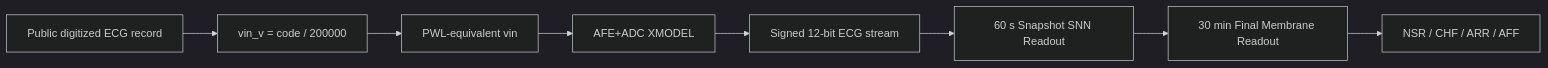
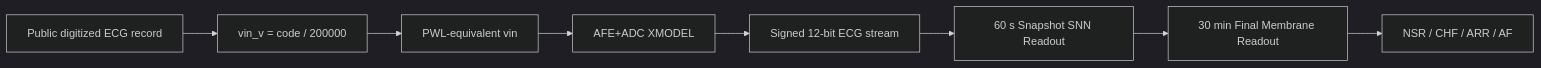
Before and after one commit to Sheep-gun/ECG-SoC-Integrated: the diagram in components/afe_xmodel/digital_block/docs/SYSTEM_ARCHITECTURE_KR.md, drawn with Mermaid (dark theme). The commit also changed other lines of this file and 626 other files, not shown here.

````diff
--- a/components/afe_xmodel/digital_block/docs/SYSTEM_ARCHITECTURE_KR.md
+++ b/components/afe_xmodel/digital_block/docs/SYSTEM_ARCHITECTURE_KR.md
@@ -7,10 +7,10 @@
 ```mermaid
 flowchart LR
     A["Public digitized ECG record"] --> B["vin_v = code / 200000"]
     B --> C["PWL-equivalent vin"]
     C --> D["AFE+ADC XMODEL"]
     D --> E["Signed 12-bit ECG stream"]
     E --> F["60 s Snapshot SNN Readout"]
     F --> G["30 min Final Membrane Readout"]
-    G --> H["NSR / CHF / ARR / AFF"]
+    G --> H["NSR / CHF / ARR / AF"]
 ```
````
